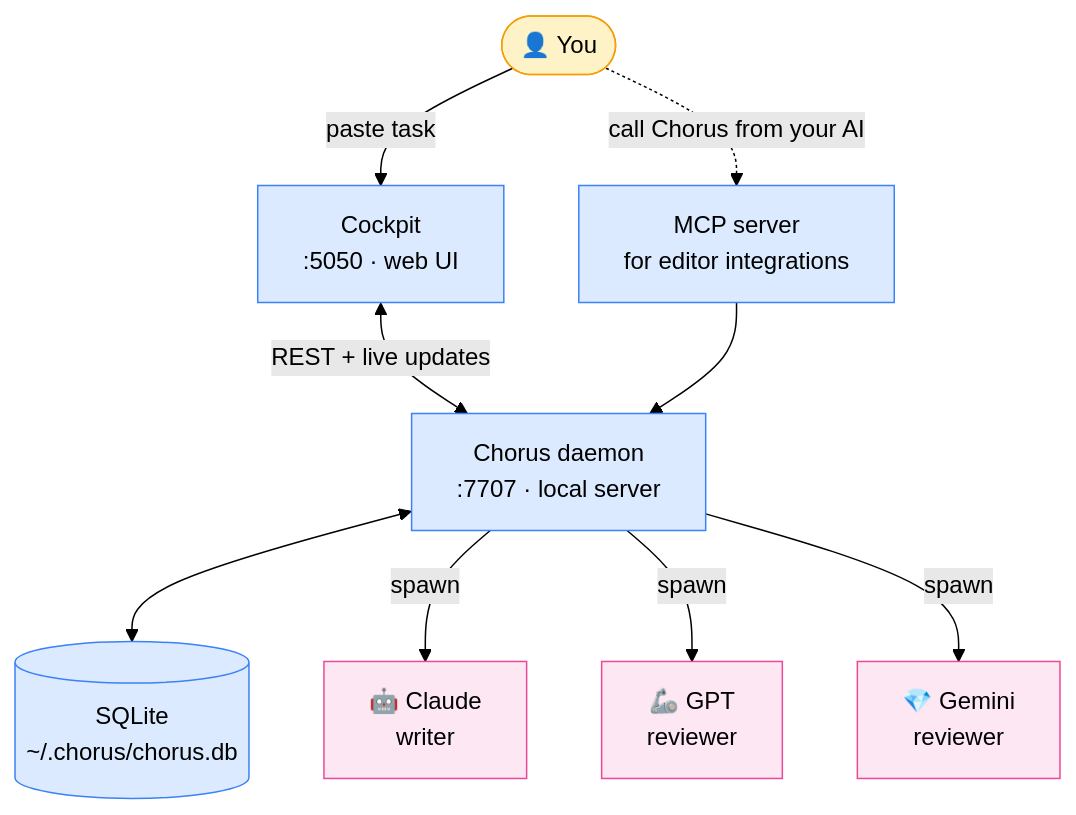
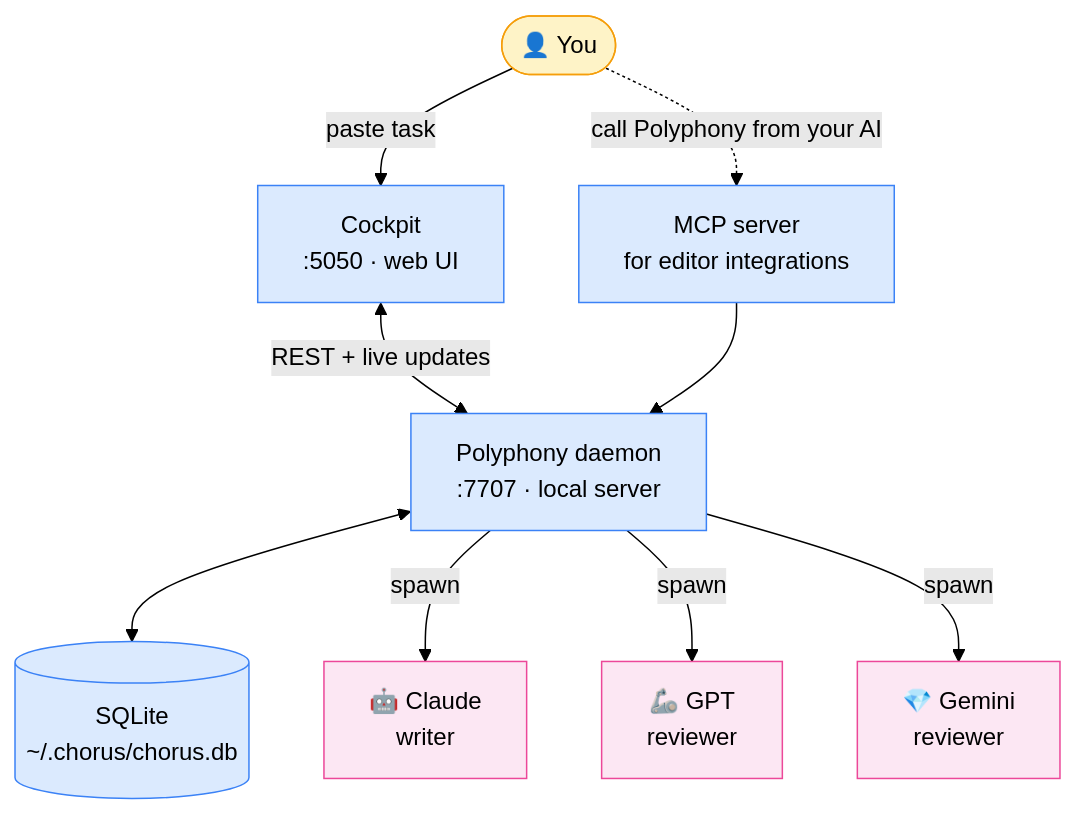
The diagram in README.md (crypticpy/chorus), drawn with Mermaid (forest theme) before and after one commit. The commit also changed other lines of this file and 13 other files, not shown here.

First line of the commit message:
feat: rebrand Chorus → Polyphony (npm @crypticpy/polyphony) (#8)

````diff
--- a/README.md
+++ b/README.md
@@ -432,27 +436,27 @@
 ```mermaid
 flowchart TB
     User([👤 You])
     Cockpit[Cockpit<br/>:5050 · web UI]
-    Daemon[Chorus daemon<br/>:7707 · local server]
+    Daemon[Polyphony daemon<br/>:7707 · local server]
     DB[(SQLite<br/>~/.chorus/chorus.db)]
     MCP[MCP server<br/>for editor integrations]
 
     Claude[🤖 Claude<br/>writer]
     Codex[🦾 GPT<br/>reviewer]
     Gemini[💎 Gemini<br/>reviewer]
 
     User -->|paste task| Cockpit
     Cockpit <-->|REST + live updates| Daemon
     Daemon <--> DB
     Daemon -->|spawn| Claude
     Daemon -->|spawn| Codex
     Daemon -->|spawn| Gemini
-    User -.->|"call Chorus from your AI"| MCP --> Daemon
+    User -.->|"call Polyphony from your AI"| MCP --> Daemon
 
     classDef user fill:#fef3c7,stroke:#f59e0b,color:#000
     classDef chorus fill:#dbeafe,stroke:#3b82f6,color:#000
     classDef llm fill:#fce7f3,stroke:#ec4899,color:#000
     class User user
     class Daemon,Cockpit,MCP,DB chorus
     class Claude,Codex,Gemini llm
 ```
````
